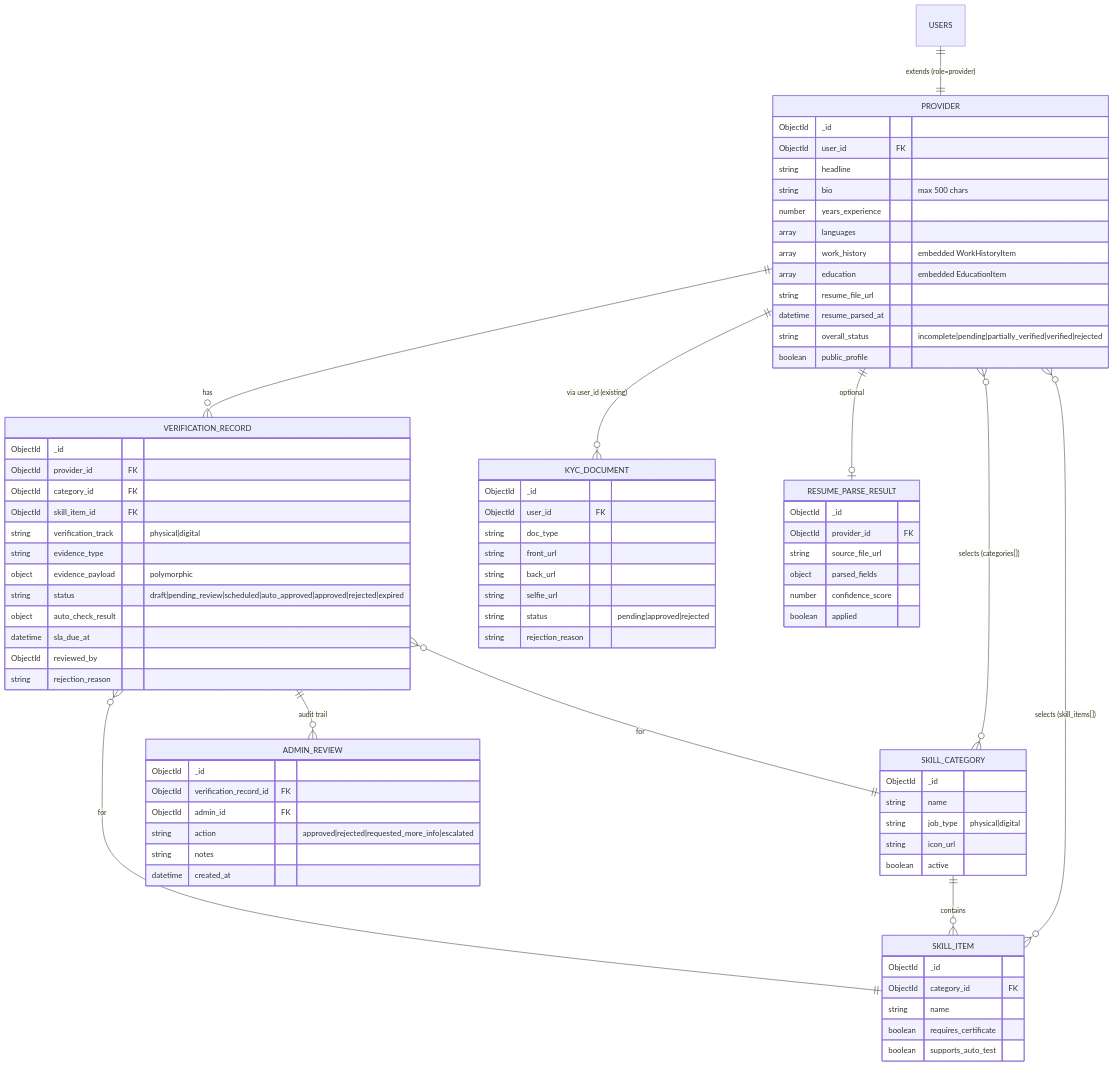
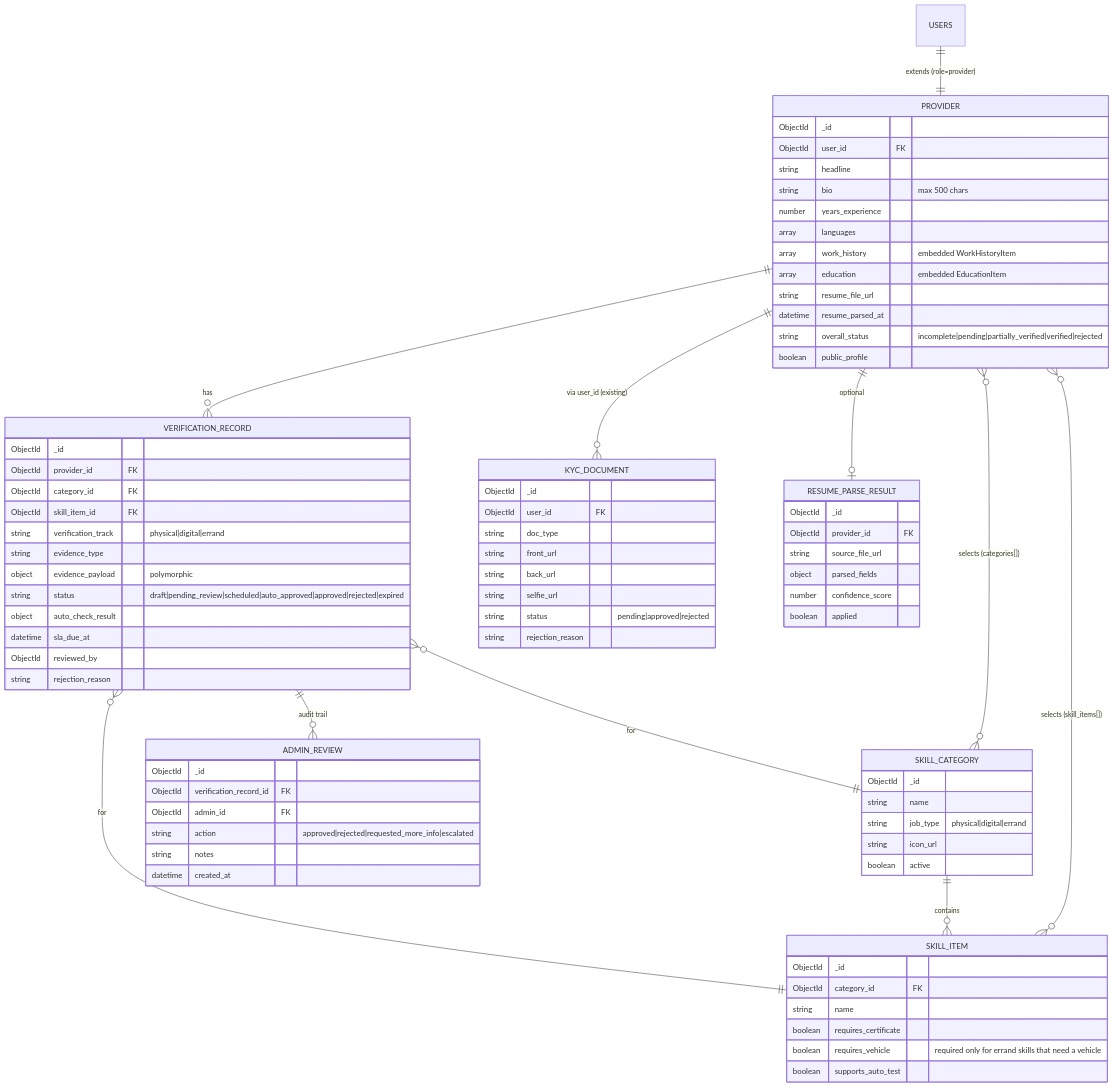
The fourth of 11 diagrams in docs/DO_IT_PROVIDER_ONBOARDING_skill_VERIFICATION_MERMAID.md (Ubaid123678/DO_IT_Platfom), drawn with Mermaid before and after one commit. The commit also changed other lines of this file and 3 other files, not shown here.

```diff
--- a/docs/DO_IT_PROVIDER_ONBOARDING_skill_VERIFICATION_MERMAID.md
+++ b/docs/DO_IT_PROVIDER_ONBOARDING_skill_VERIFICATION_MERMAID.md
@@ -130,7 +136,7 @@
     SKILL_CATEGORY {
         ObjectId _id
         string name
-        string job_type "physical|digital"
+        string job_type "physical|digital|errand"
         string icon_url
         boolean active
     }
@@ -139,6 +145,7 @@
         ObjectId category_id FK
         string name
         boolean requires_certificate
+        boolean requires_vehicle "required only for errand skills that need a vehicle"
         boolean supports_auto_test
     }
     KYC_DOCUMENT {
@@ -156,7 +163,7 @@
         ObjectId provider_id FK
         ObjectId category_id FK
         ObjectId skill_item_id FK
-        string verification_track "physical|digital"
+        string verification_track "physical|digital|errand"
         string evidence_type
         object evidence_payload "polymorphic"
         string status "draft|pending_review|scheduled|auto_approved|approved|rejected|expired"
```
